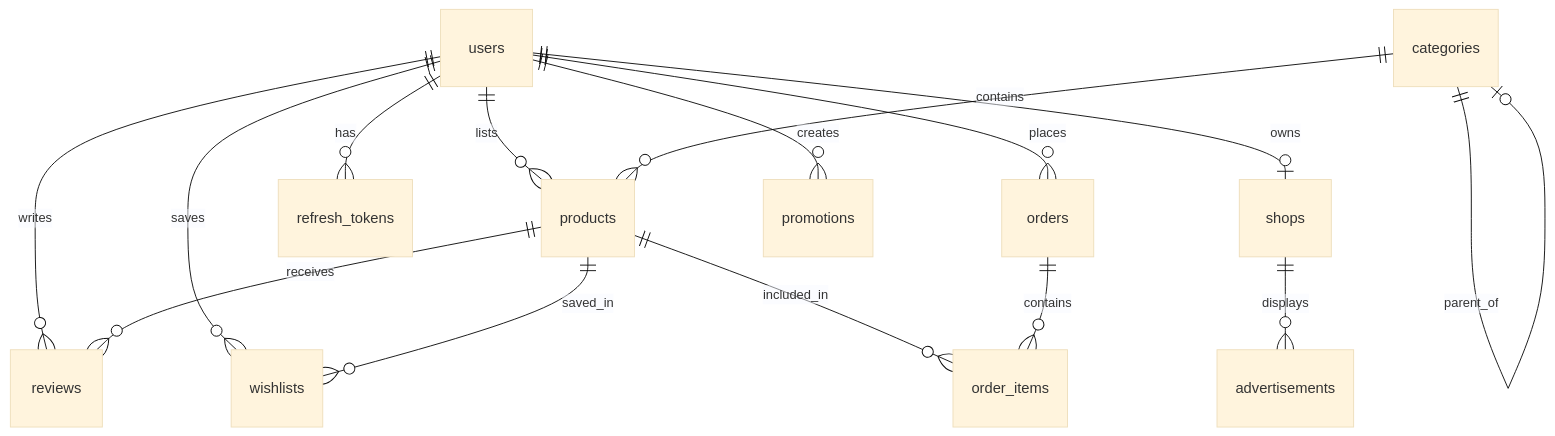
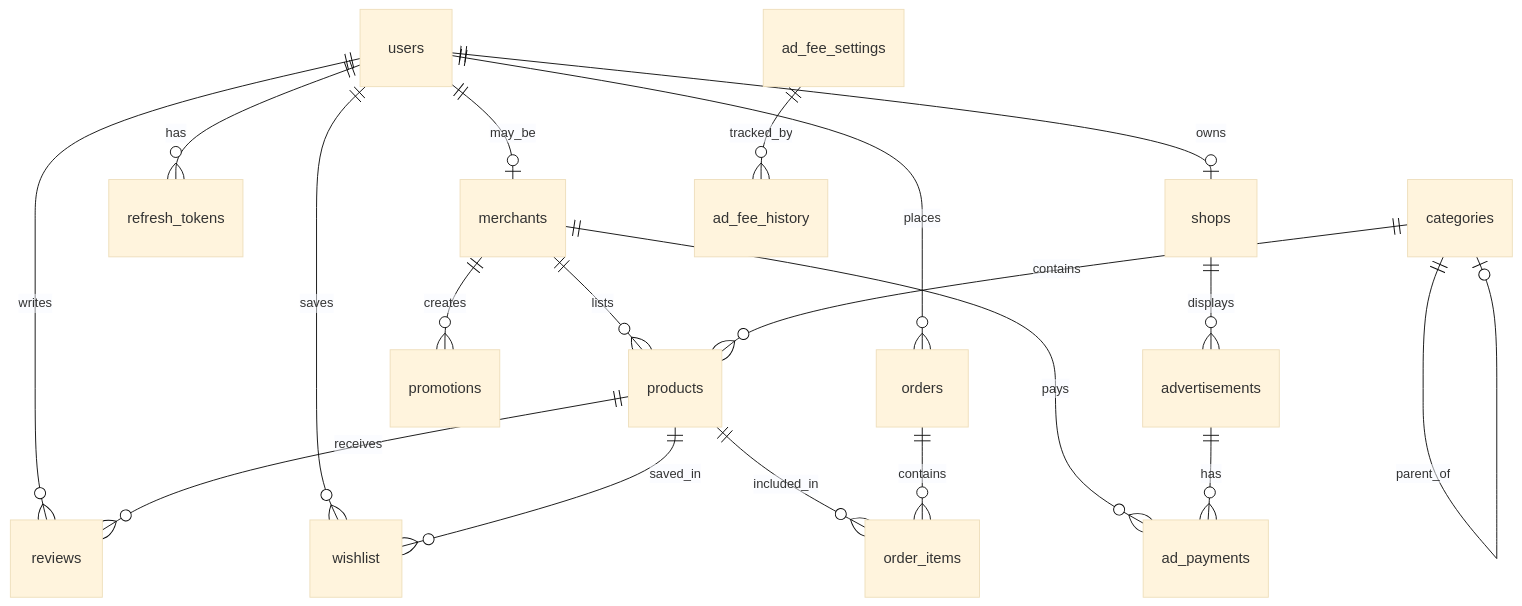
One commit to khaingthinthinwin-dev/skin-analysis changed the third of 3 diagrams in docs/core-work/データベース設計書_DATABASE_SPEC.md. Above: the diagram before and after it, drawn with Mermaid (base theme). The commit also changed other lines of this file, not shown here.

````diff
--- a/docs/core-work/データベース設計書_DATABASE_SPEC.md
+++ b/docs/core-work/データベース設計書_DATABASE_SPEC.md
@@ -965,17 +1173,21 @@
 ```mermaid
 erDiagram
-    users ||--o{ products : "lists"
+    users ||--o| merchants : "may_be"
     users ||--o{ reviews : "writes"
-    users ||--o{ wishlists : "saves"
+    users ||--o{ wishlist : "saves"
     users ||--o{ orders : "places"
     users ||--o{ refresh_tokens : "has"
     users ||--o| shops : "owns"
-    users ||--o{ promotions : "creates"
+    merchants ||--o{ products : "lists"
+    merchants ||--o{ promotions : "creates"
+    merchants ||--o{ ad_payments : "pays"
     categories ||--o{ products : "contains"
     categories ||--o| categories : "parent_of"
     products ||--o{ reviews : "receives"
-    products ||--o{ wishlists : "saved_in"
+    products ||--o{ wishlist : "saved_in"
     products ||--o{ order_items : "included_in"
     orders ||--o{ order_items : "contains"
     shops ||--o{ advertisements : "displays"
+    advertisements ||--o{ ad_payments : "has"
+    ad_fee_settings ||--o{ ad_fee_history : "tracked_by"
 ```
````
